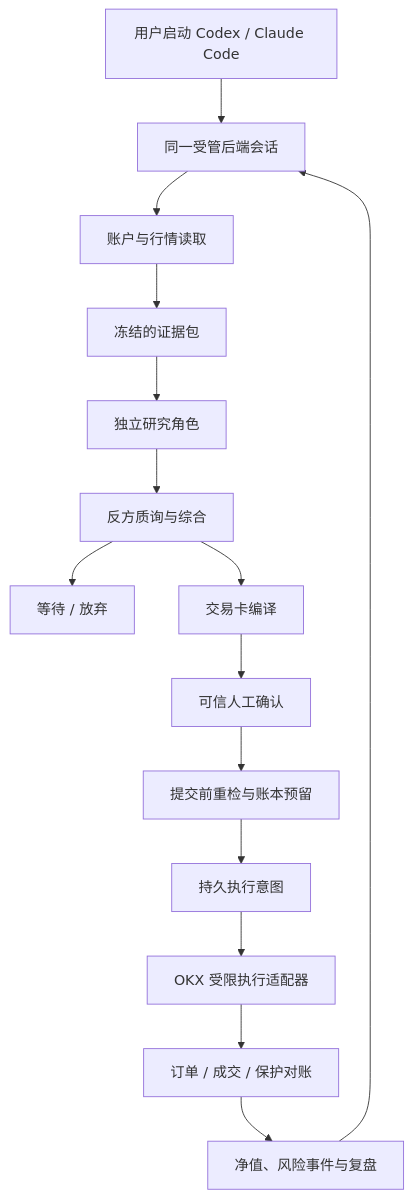
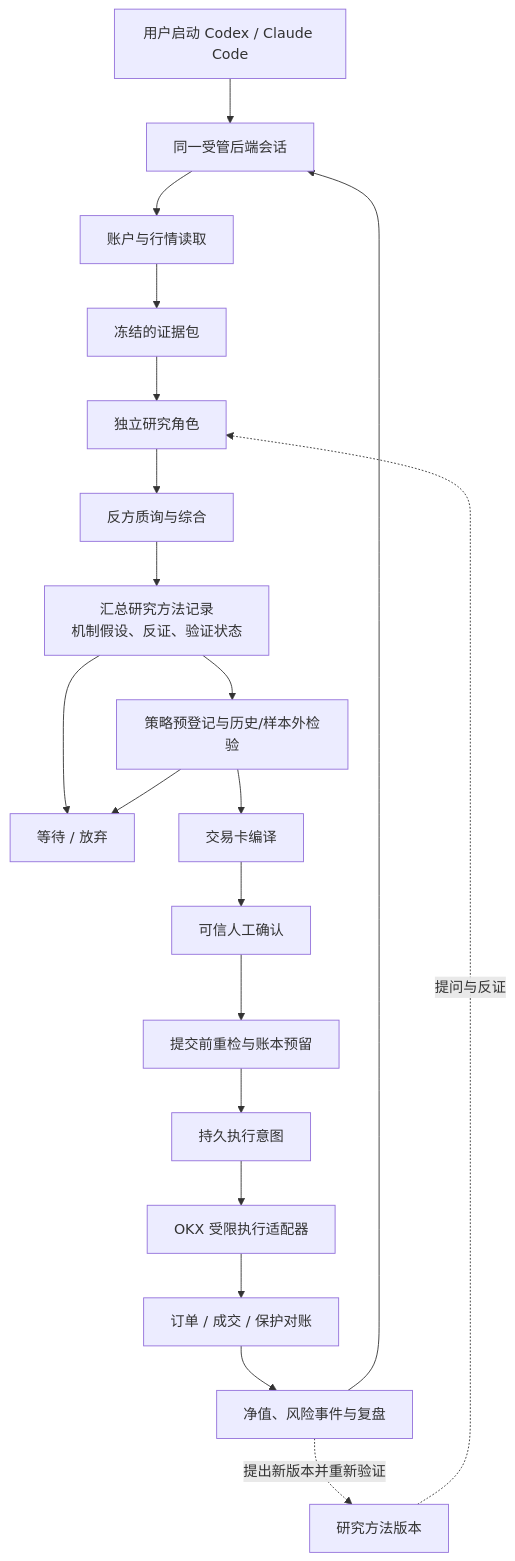
The diagram in docs/PROJECT_MAP.md (NW520-lz/taoalpha), drawn with Mermaid before and after one commit. The commit also changed other lines of this file and 12 other files, not shown here.

````diff
--- a/docs/PROJECT_MAP.md
+++ b/docs/PROJECT_MAP.md
@@ -29,17 +50,22 @@
 ```mermaid
 flowchart TD
   U[用户启动 Codex / Claude Code] --> S[同一受管后端会话]
   S --> A[账户与行情读取]
   A --> E[冻结的证据包]
   E --> R[独立研究角色]
+  V[研究方法版本] -.提问与反证.-> R
   R --> Q[反方质询与综合]
-  Q --> W[等待 / 放弃]
-  Q --> P[交易卡编译]
+  Q --> M[汇总研究方法记录<br/>机制假设、反证、验证状态]
+  M --> W[等待 / 放弃]
+  M --> Y[策略预登记与历史/样本外检验]
+  Y --> W
+  Y --> P[交易卡编译]
   P --> H[可信人工确认]
   H --> G[提交前重检与账本预留]
   G --> X[持久执行意图]
   X --> O[OKX 受限执行适配器]
   O --> C[订单 / 成交 / 保护对账]
   C --> L[净值、风险事件与复盘]
   L --> S
+  L -.提出新版本并重新验证.-> V
 ```
````
